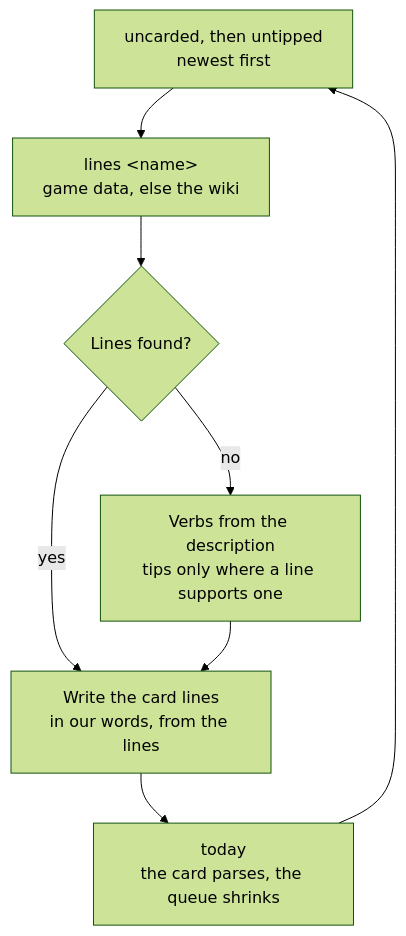
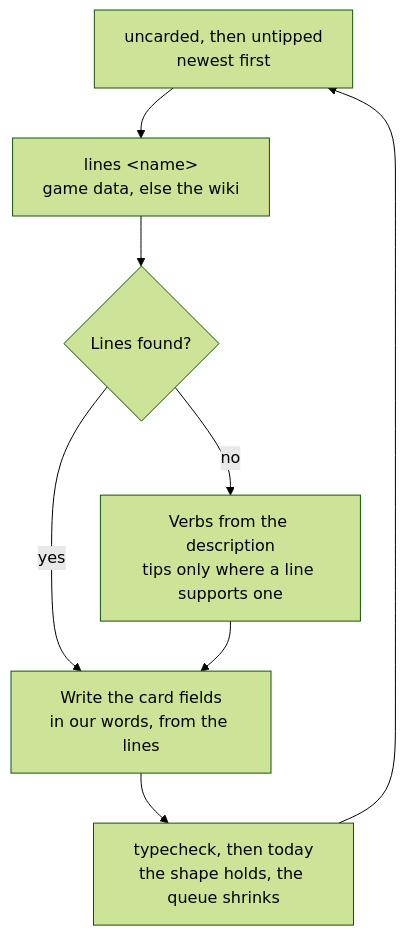
Before and after one commit to Esposter/Esposter: the diagram in packages/genshin-persona/skills/genshin-author/SKILL.md, drawn with Mermaid (forest theme). The commit also changed other lines of this file and 17 other files, not shown here.

````diff
--- a/packages/genshin-persona/skills/genshin-author/SKILL.md
+++ b/packages/genshin-persona/skills/genshin-author/SKILL.md
@@ -79,14 +90,14 @@
 ```mermaid
 flowchart TD
     Queue["uncarded, then untipped<br/>newest first"]
     Lines["lines &lt;name&gt;<br/>game data, else the wiki"]
     Found{Lines found?}
-    Author["Write the card lines<br/>in our words, from the lines"]
+    Author["Write the card fields<br/>in our words, from the lines"]
     Thin["Verbs from the description<br/>tips only where a line supports one"]
-    Check["today<br/>the card parses, the queue shrinks"]
+    Check["typecheck, then today<br/>the shape holds, the queue shrinks"]
 
     Queue --> Lines --> Found
     Found -- yes --> Author
     Found -- no --> Thin --> Author
     Author --> Check --> Queue
 ```
````
